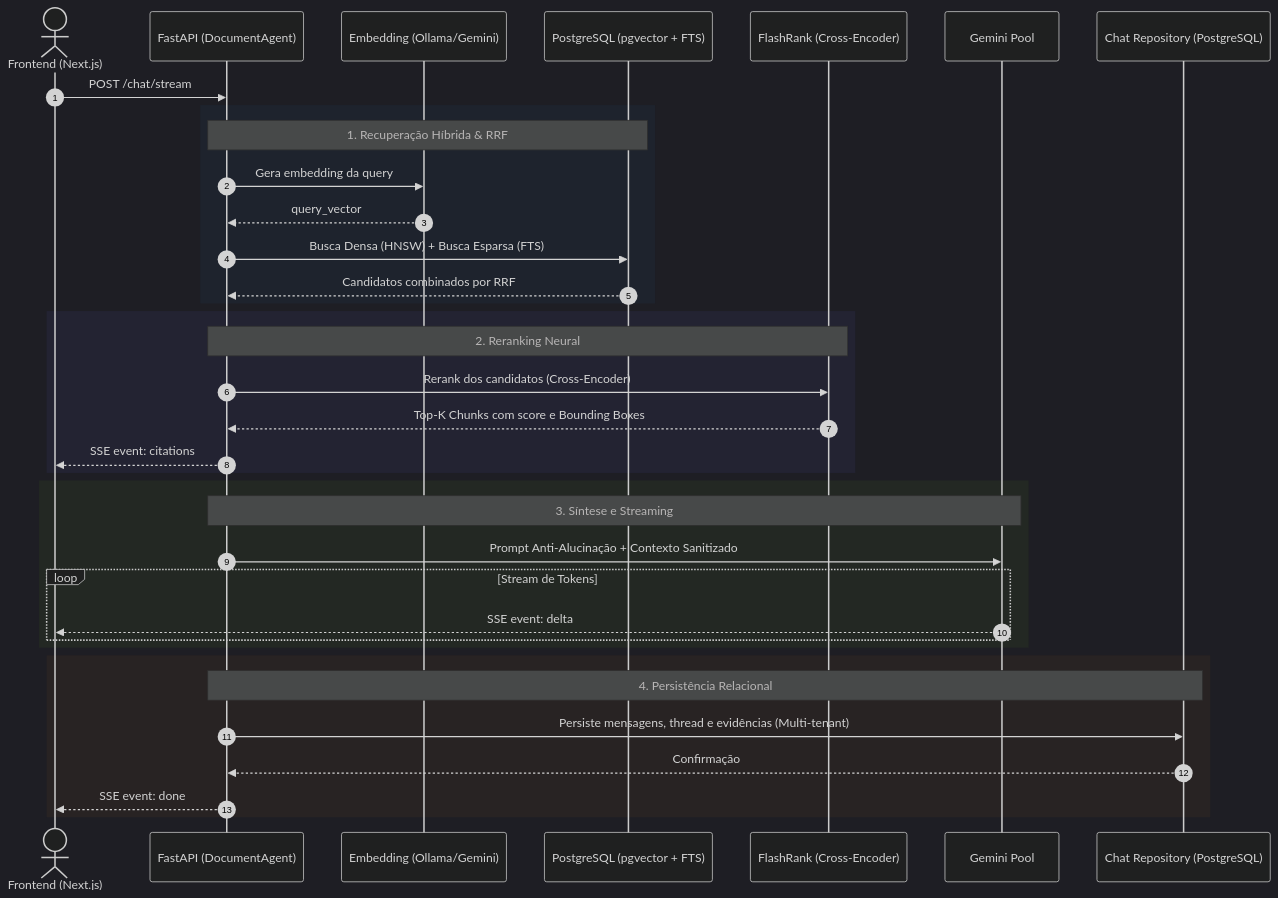
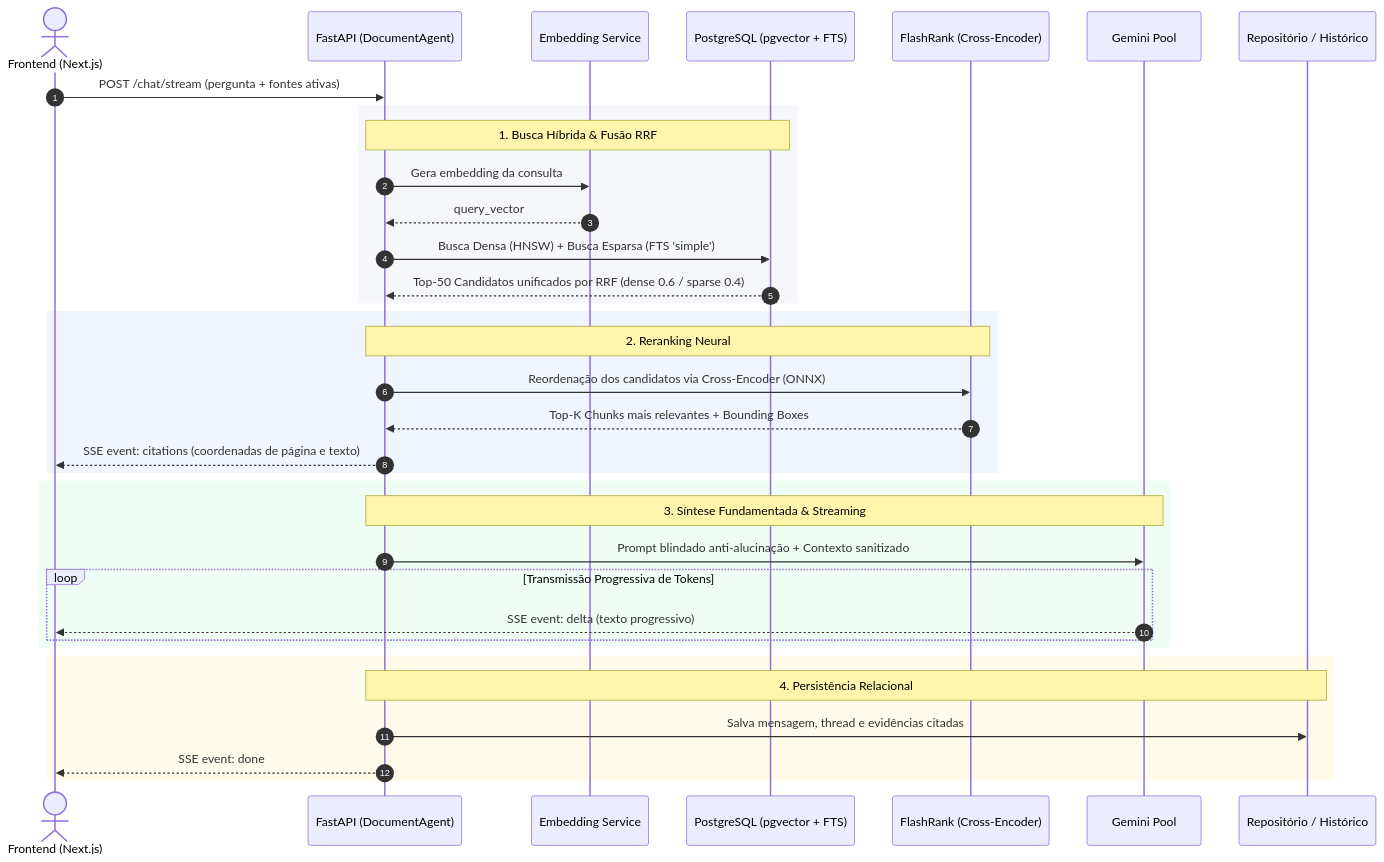
One commit to WMatias-Dev/document-ai-platform changed the diagram in readme.md. Above: the diagram before and after it, drawn with Mermaid. The commit also changed other lines of this file, not shown here.

````diff
--- a/readme.md
+++ b/readme.md
@@ -208,44 +40,42 @@
 ```mermaid
-%%{init: {'theme': 'dark', 'themeVariables': { 'fontSize': '12px', 'darkMode': true }}}%%
 sequenceDiagram
     autonumber
     actor User as Frontend (Next.js)
     participant API as FastAPI (DocumentAgent)
-    participant Emb as Embedding (Ollama/Gemini)
+    participant Emb as Embedding Service
     participant DB as PostgreSQL (pgvector + FTS)
     participant RR as FlashRank (Cross-Encoder)
     participant LLM as Gemini Pool
-    participant PG as Chat Repository (PostgreSQL)
+    participant PG as Repositório / Histórico
 
-    User->>API: POST /chat/stream
+    User->>API: POST /chat/stream (pergunta + fontes ativas)
     
-    rect rgb(30, 35, 45)
-        Note over API,DB: 1. Recuperação Híbrida & RRF
-        API->>Emb: Gera embedding da query
+    rect rgb(245, 247, 250)
+        Note over API,DB: 1. Busca Híbrida & Fusão RRF
+        API->>Emb: Gera embedding da consulta
         Emb-->>API: query_vector
-        API->>DB: Busca Densa (HNSW) + Busca Esparsa (FTS)
-        DB-->>API: Candidatos combinados por RRF
+        API->>DB: Busca Densa (HNSW) + Busca Esparsa (FTS 'simple')
+        DB-->>API: Top-50 Candidatos unificados por RRF (dense 0.6 / sparse 0.4)
     end
 
-    rect rgb(35, 35, 50)
+    rect rgb(240, 245, 255)
         Note over API,RR: 2. Reranking Neural
-        API->>RR: Rerank dos candidatos (Cross-Encoder)
-        RR-->>API: Top-K Chunks com score e Bounding Boxes
-        API-->>User: SSE event: citations
+        API->>RR: Reordenação dos candidatos via Cross-Encoder (ONNX)
+        RR-->>API: Top-K Chunks mais relevantes + Bounding Boxes
+        API-->>User: SSE event: citations (coordenadas de página e texto)
     end
 
-    rect rgb(35, 40, 35)
-        Note over API,LLM: 3. Síntese e Streaming
-        API->>LLM: Prompt Anti-Alucinação + Contexto Sanitizado
-        loop Stream de Tokens
-            LLM-->>User: SSE event: delta
+    rect rgb(240, 253, 244)
+        Note over API,LLM: 3. Síntese Fundamentada & Streaming
+        API->>LLM: Prompt blindado anti-alucinação + Contexto sanitizado
+        loop Transmissão Progressiva de Tokens
+            LLM-->>User: SSE event: delta (texto progressivo)
         end
     end
 
-    rect rgb(40, 35, 35)
+    rect rgb(255, 251, 235)
         Note over API,PG: 4. Persistência Relacional
-        API->>PG: Persiste mensagens, thread e evidências (Multi-tenant)
-        PG-->>API: Confirmação
+        API->>PG: Salva mensagem, thread e evidências citadas
         API-->>User: SSE event: done
     end
 ```
````
